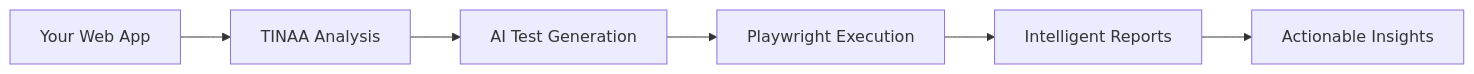
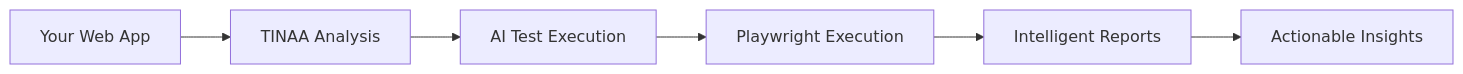
Before and after one commit to aj-geddes/tinaa-playwright-msp: the diagram in docs/USER_GUIDE.md, drawn with Mermaid. The commit also changed other lines of this file and 12 other files, not shown here.

````diff
--- a/docs/USER_GUIDE.md
+++ b/docs/USER_GUIDE.md
@@ -67,8 +67,8 @@
 ```mermaid
 flowchart LR
     A[Your Web App] --> B[TINAA Analysis]
-    B --> C[AI Test Generation]
+    B --> C[AI Test Execution]
     C --> D[Playwright Execution]
     D --> E[Intelligent Reports]
     E --> F[Actionable Insights]
 ```
````
